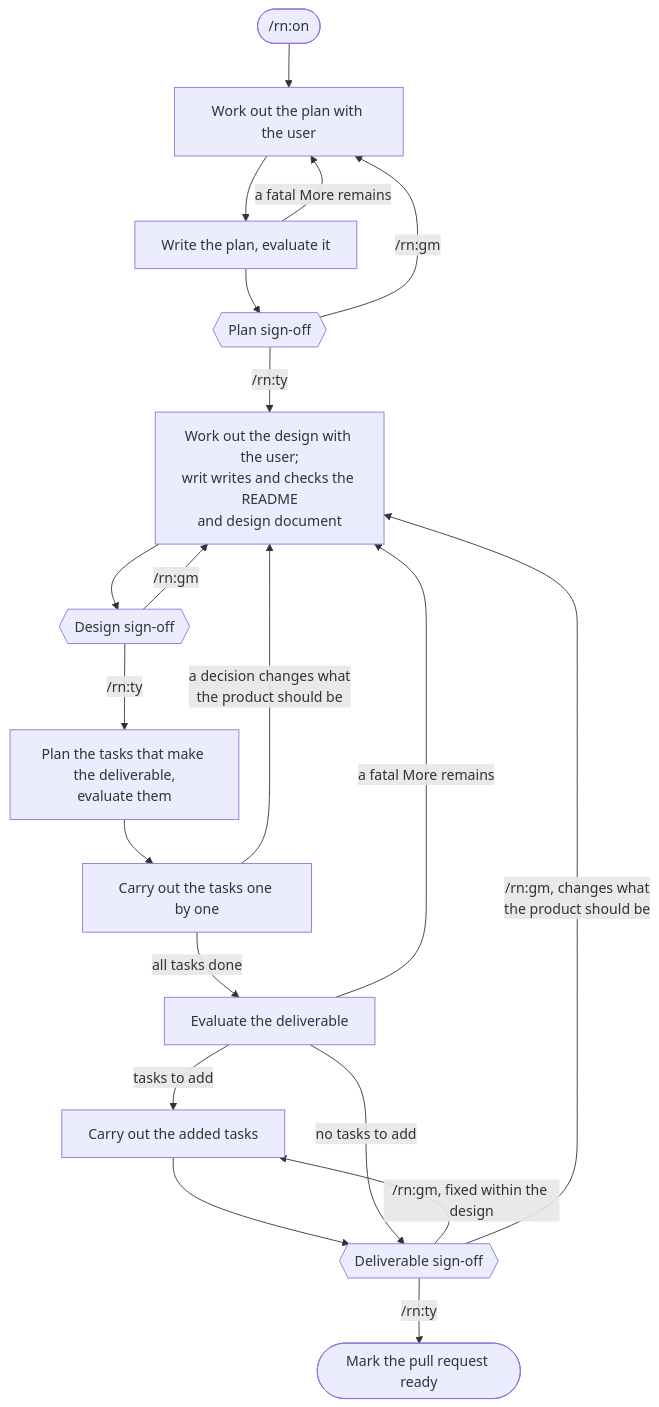
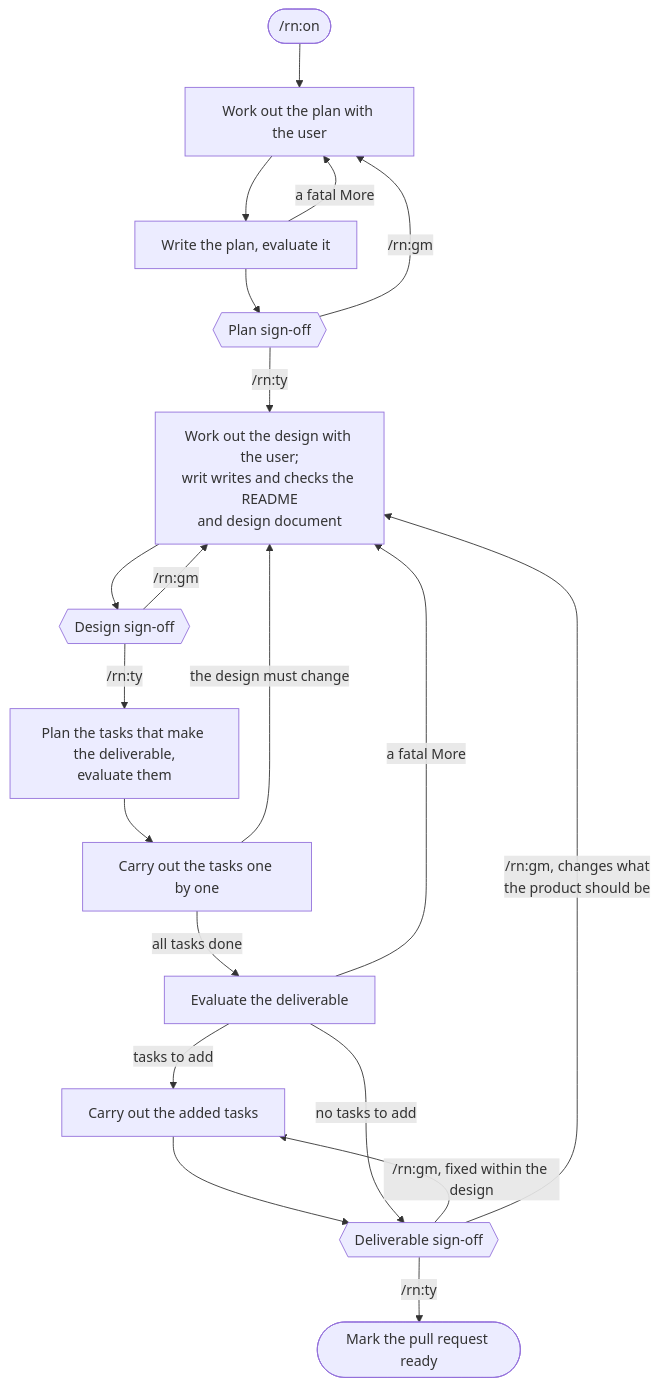
The second of 6 diagrams in rn/docs/design.md (lovaizu/ccpm), drawn with Mermaid before and after one commit. The commit also changed other lines of this file and 1 other file, not shown here.

````diff
--- a/rn/docs/design.md
+++ b/rn/docs/design.md
@@ -34,32 +43,32 @@
 ```mermaid
 flowchart TD
     ON(["/rn:on"])
     W["Work out the plan with the user"]
     P["Write the plan, evaluate it"]
     PS{{"Plan sign-off"}}
     D["Work out the design with the user;<br/>writ writes and checks the README<br/>and design document"]
     DS{{"Design sign-off"}}
     P2["Plan the tasks that make the deliverable,<br/>evaluate them"]
     T["Carry out the tasks one by one"]
     EV["Evaluate the deliverable"]
     T2["Carry out the added tasks"]
     FS{{"Deliverable sign-off"}}
     END(["Mark the pull request ready"])
     ON --> W --> P --> PS
-    P -->|"a fatal More remains"| W
+    P -->|"a fatal More"| W
     PS -->|"/rn:gm"| W
     PS -->|"/rn:ty"| D
     D --> DS
     DS -->|"/rn:gm"| D
     DS -->|"/rn:ty"| P2
     P2 --> T
-    T -->|"a decision changes what<br/>the product should be"| D
+    T -->|"the design must change"| D
     T -->|"all tasks done"| EV
     EV -->|"tasks to add"| T2
-    EV -->|"a fatal More remains"| D
+    EV -->|"a fatal More"| D
     T2 --> FS
     EV -->|"no tasks to add"| FS
     FS -->|"/rn:gm, fixed within the design"| T2
     FS -->|"/rn:gm, changes what<br/>the product should be"| D
     FS -->|"/rn:ty"| END
 ```
````
